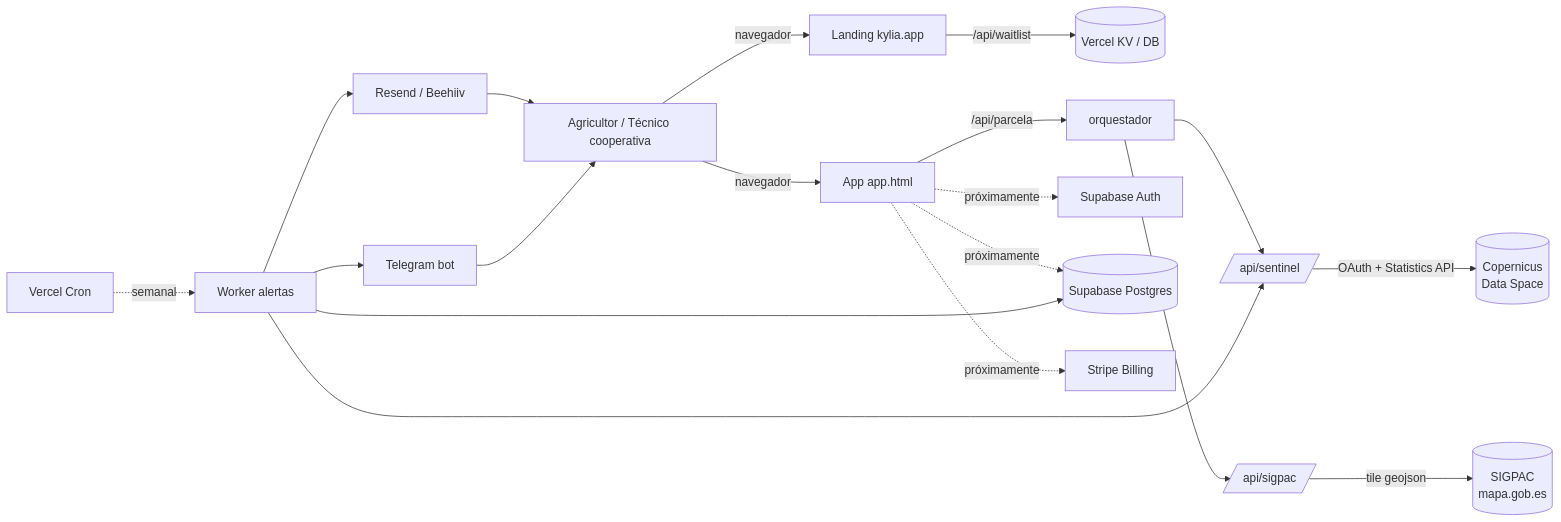
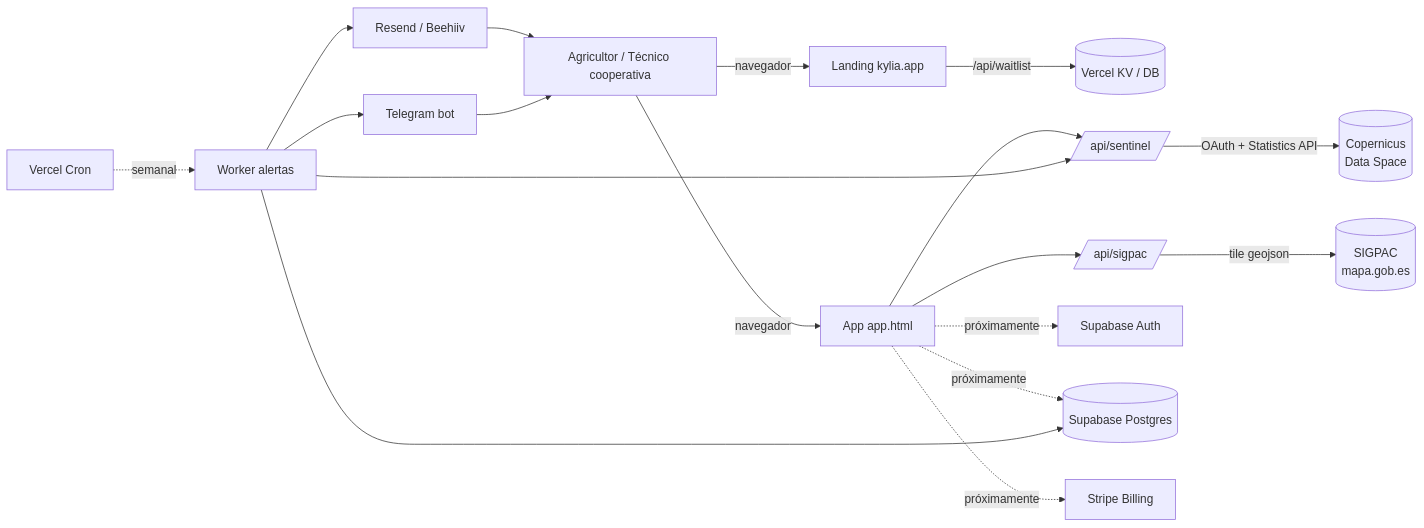
The diagram in docs/tecnico/arquitectura.md (marticarol003/kylia), drawn with Mermaid before and after one commit. The commit also changed other lines of this file and 3 other files, not shown here.

First line of the commit message:
api: elimina parcela.js (endpoint muerto) — libera 1 slot de función Vercel

````diff
--- a/docs/tecnico/arquitectura.md
+++ b/docs/tecnico/arquitectura.md
@@ -7,28 +7,27 @@
 ```mermaid
 flowchart LR
   user[Agricultor / Técnico cooperativa]
   user -->|navegador| landing[Landing kylia.app]
   user -->|navegador| app[App app.html]
 
   landing -->|/api/waitlist| waitlist[(Vercel KV / DB)]
 
-  app -->|/api/parcela| orquestador
-  orquestador --> sigpac[/api/sigpac/]
-  orquestador --> sentinel[/api/sentinel/]
+  app --> sigpac[/api/sigpac/]
+  app --> sentinel[/api/sentinel/]
 
   sigpac -->|tile geojson| MAPA[(SIGPAC<br/>mapa.gob.es)]
   sentinel -->|OAuth + Statistics API| CDSE[(Copernicus<br/>Data Space)]
 
   app -. próximamente .-> auth[Supabase Auth]
   app -. próximamente .-> db[(Supabase Postgres)]
   app -. próximamente .-> stripe[Stripe Billing]
 
   cron[Vercel Cron] -. semanal .-> alert[Worker alertas]
   alert --> sentinel
   alert --> db
   alert --> email[Resend / Beehiiv]
   alert --> tg[Telegram bot]
 
   email --> user
   tg --> user
 ```
````
